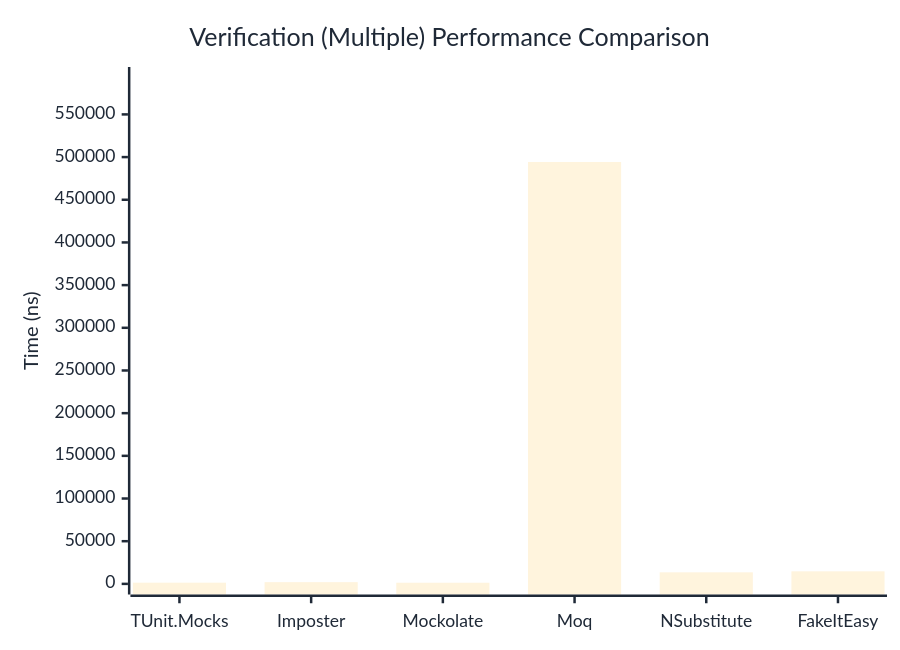
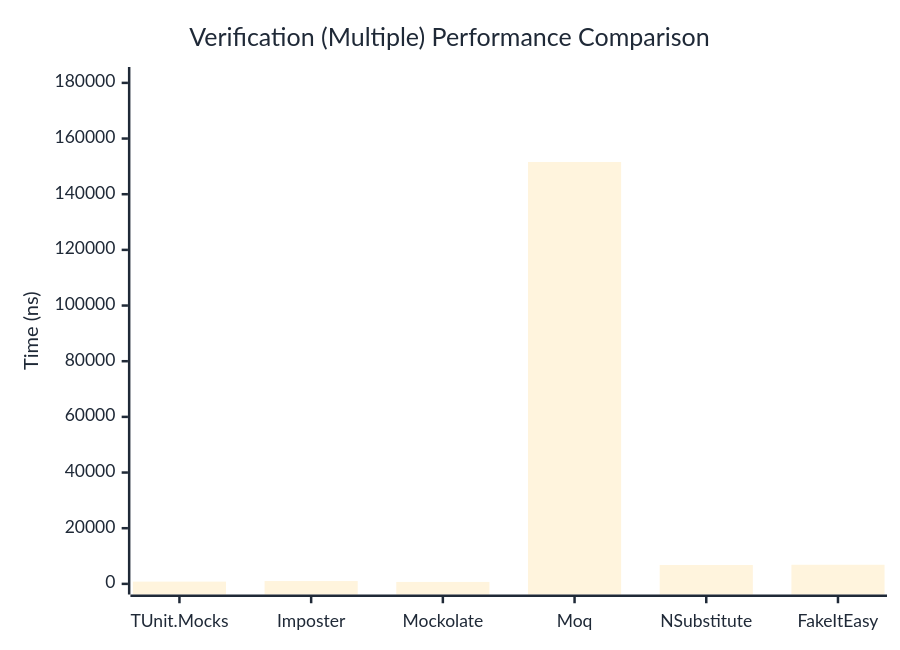
The third of 3 diagrams in docs/docs/benchmarks/mocks/Verification.md (thomhurst/TUnit), drawn with Mermaid before and after one commit. The commit also changed other lines of this file and 14 other files, not shown here.

````diff
--- a/docs/docs/benchmarks/mocks/Verification.md
+++ b/docs/docs/benchmarks/mocks/Verification.md
@@ -112,27 +112,27 @@
 ```mermaid
 %%{init: {
   'theme':'base',
   'themeVariables': {
     'primaryColor': '#2563eb',
     'primaryTextColor': '#1f2937',
     'primaryBorderColor': '#1e40af',
     'lineColor': '#6b7280',
     'secondaryColor': '#7c3aed',
     'tertiaryColor': '#dc2626',
     'background': '#ffffff',
     'pie1': '#2563eb',
     'pie2': '#7c3aed',
     'pie3': '#dc2626',
     'pie4': '#f59e0b',
     'pie5': '#10b981',
     'pie6': '#06b6d4',
     'pie7': '#ec4899',
     'pie8': '#6366f1'
   }
 }}%%
 xychart-beta
   title "Verification (Multiple) Performance Comparison"
   x-axis ["TUnit.Mocks", "Imposter", "Mockolate", "Moq", "NSubstitute", "FakeItEasy"]
-  y-axis "Time (ns)" 0 --> 593088
-  bar [1398.58, 2001.89, 1349.58, 494239.58, 13538.57, 14691.21]
+  y-axis "Time (ns)" 0 --> 181889
+  bar [810.65, 1019.41, 697.51, 151573.6, 6773.25, 6865.45]
 ```
````
